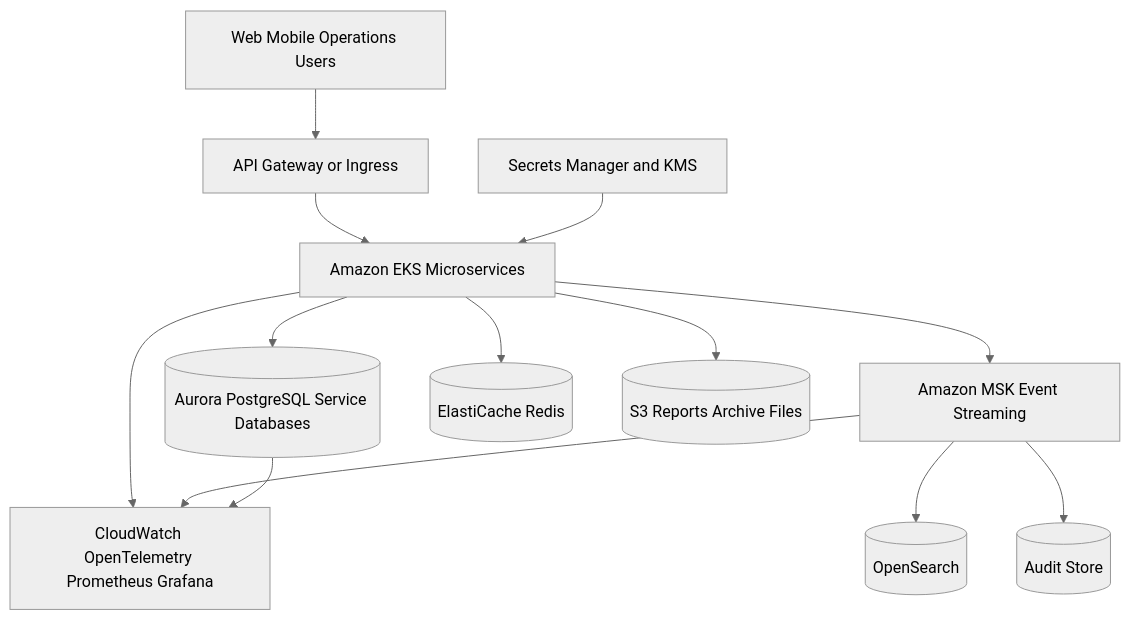
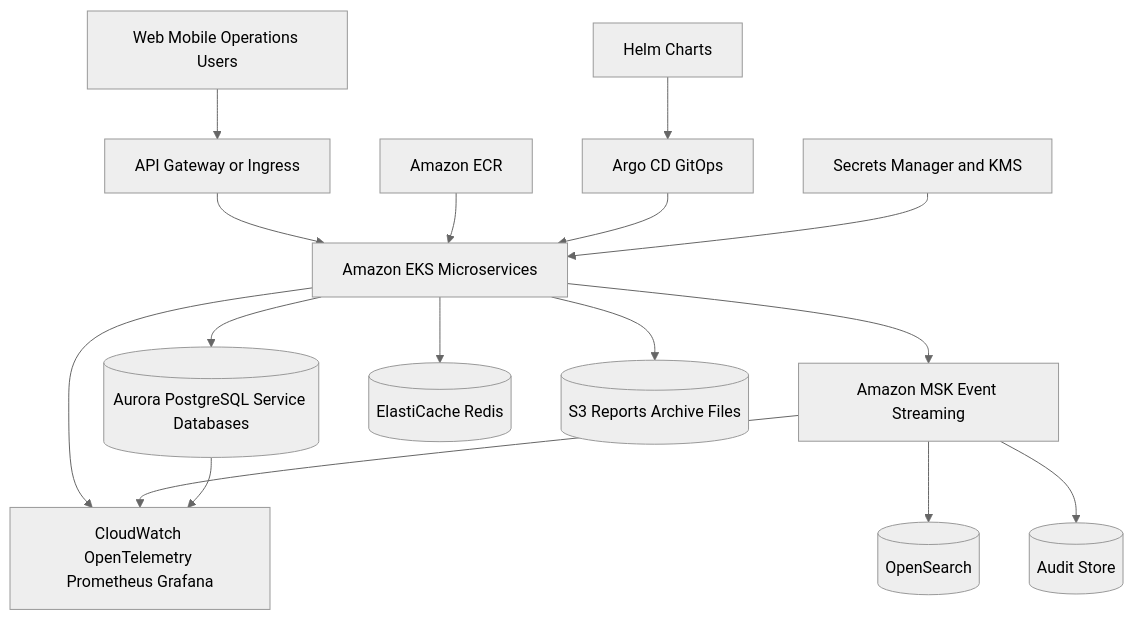
The diagram in risk-exposure-secured-asset-platform-design/diagrams/target-cloud-architecture.md (msk131/risk-exposure-secured-asset-operations-platform), drawn with Mermaid (neutral theme) before and after one commit. The commit also changed other lines of this file and 10 other files, not shown here.

````diff
--- a/risk-exposure-secured-asset-platform-design/diagrams/target-cloud-architecture.md
+++ b/risk-exposure-secured-asset-platform-design/diagrams/target-cloud-architecture.md
@@ -3,27 +3,33 @@
 ```mermaid
 flowchart TB
     USERS["Web Mobile Operations Users"]
     EDGE["API Gateway or Ingress"]
     EKS["Amazon EKS Microservices"]
+    ARGO["Argo CD GitOps"]
+    HELM["Helm Charts"]
+    ECR["Amazon ECR"]
     MSK["Amazon MSK Event Streaming"]
     AURORA[("Aurora PostgreSQL Service Databases")]
     REDIS[("ElastiCache Redis")]
     SEARCH[("OpenSearch")]
     S3[("S3 Reports Archive Files")]
     AUDIT[("Audit Store")]
     OBS["CloudWatch OpenTelemetry Prometheus Grafana"]
     SECRETS["Secrets Manager and KMS"]
 
     USERS --> EDGE
     EDGE --> EKS
+    ECR --> EKS
+    HELM --> ARGO
+    ARGO --> EKS
     EKS --> AURORA
     EKS --> REDIS
     EKS --> MSK
     MSK --> SEARCH
     MSK --> AUDIT
     EKS --> S3
     EKS --> OBS
     MSK --> OBS
     AURORA --> OBS
     SECRETS --> EKS
 ```
````
